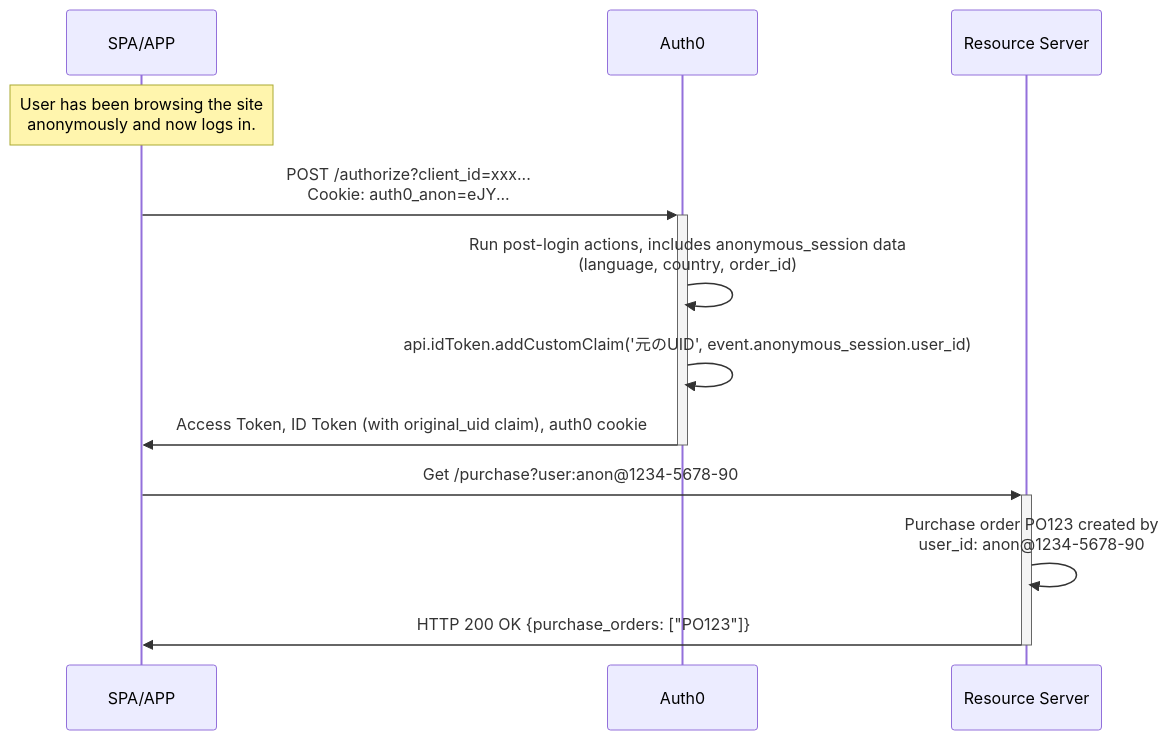
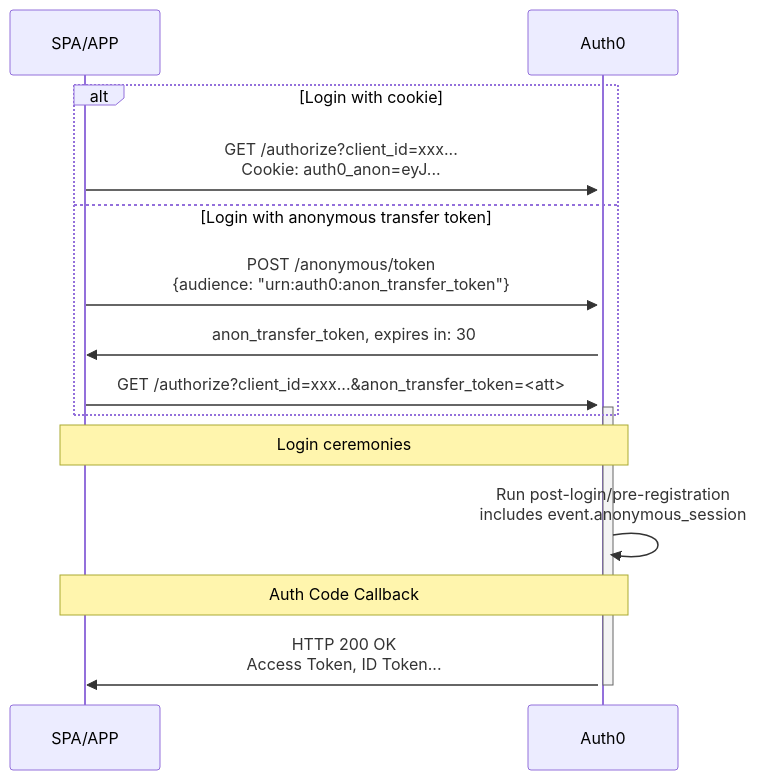
Before and after one commit to auth0/docs-v2: the second of 2 diagrams in main/docs/ja-jp/manage-users/sessions/anonymous-sessions.mdx, drawn with Mermaid. The commit also changed other lines of this file and 841 other files, not shown here.

````diff
--- a/main/docs/ja-jp/manage-users/sessions/anonymous-sessions.mdx
+++ b/main/docs/ja-jp/manage-users/sessions/anonymous-sessions.mdx
@@ -92,14 +98,16 @@
 ```mermaid actions={false}
 sequenceDiagram
   participant app as SPA/APP
   participant idp as Auth0
-  participant rs as Resource Server
-  note over app: User has been browsing the site<br>anonymously and now logs in.
-  app ->>+ idp: POST /authorize?client_id=xxx... <br>Cookie: auth0_anon=eJY...
-  idp ->> idp: Run post-login actions, includes anonymous_session data<br> (language, country, order_id)
-  idp ->> idp: api.idToken.addCustomClaim('元のUID', event.anonymous_session.user_id)
-  idp ->>- app: Access Token, ID Token (with original_uid claim), auth0 cookie
-  app ->>+ rs: Get /purchase?user:anon@1234-5678-90
-  rs ->> rs: Purchase order PO123 created by <br>user_id: anon@1234-5678-90
-  rs ->>- app: HTTP 200 OK {purchase_orders: ["PO123"]}
+  alt Login with cookie
+    app ->>+ idp: GET /authorize?client_id=xxx...<br>Cookie: auth0_anon=eyJ...
+  else Login with anonymous transfer token
+    app ->> idp: POST /anonymous/token<br>{audience: "urn:auth0:anon_transfer_token"}
+    idp ->> app: anon_transfer_token, expires in: 30
+    app ->>+ idp: GET /authorize?client_id=xxx...&anon_transfer_token=<att>
+  end
+  note over app,idp: Login ceremonies
+  idp ->> idp: Run post-login/pre-registration<br>includes event.anonymous_session
+  note over app,idp: Auth Code Callback
+  idp ->>- app: HTTP 200 OK <br> Access Token, ID Token...
 ```
````
